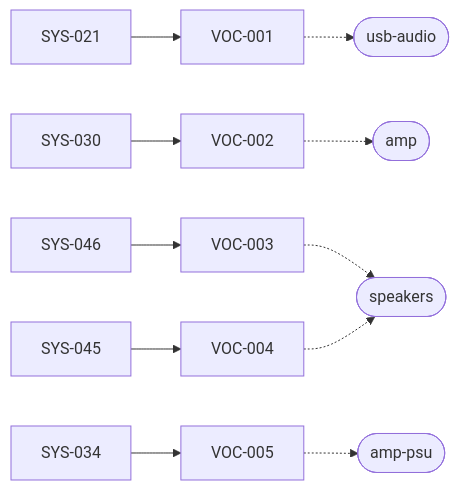
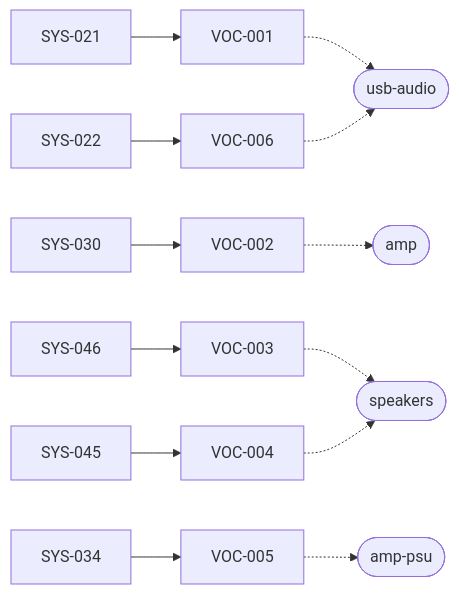
One commit to goatsnboats/monster-house changed the fifth of 10 diagrams in docs/requirements/trace.md. Above: the diagram before and after it, drawn with Mermaid. The commit also changed other lines of this file and 14 other files, not shown here.

````diff
--- a/docs/requirements/trace.md
+++ b/docs/requirements/trace.md
@@ -518,13 +558,15 @@
 ```mermaid
 flowchart LR
   SYS_021[SYS-021] --> VOC_001[VOC-001]
   VOC_001 -.-> c_usb_audio([usb-audio])
   SYS_030[SYS-030] --> VOC_002[VOC-002]
   VOC_002 -.-> c_amp([amp])
   SYS_046[SYS-046] --> VOC_003[VOC-003]
   VOC_003 -.-> c_speakers([speakers])
   SYS_045[SYS-045] --> VOC_004[VOC-004]
   VOC_004 -.-> c_speakers([speakers])
   SYS_034[SYS-034] --> VOC_005[VOC-005]
   VOC_005 -.-> c_amp_psu([amp-psu])
+  SYS_022[SYS-022] --> VOC_006[VOC-006]
+  VOC_006 -.-> c_usb_audio([usb-audio])
 ```
````
